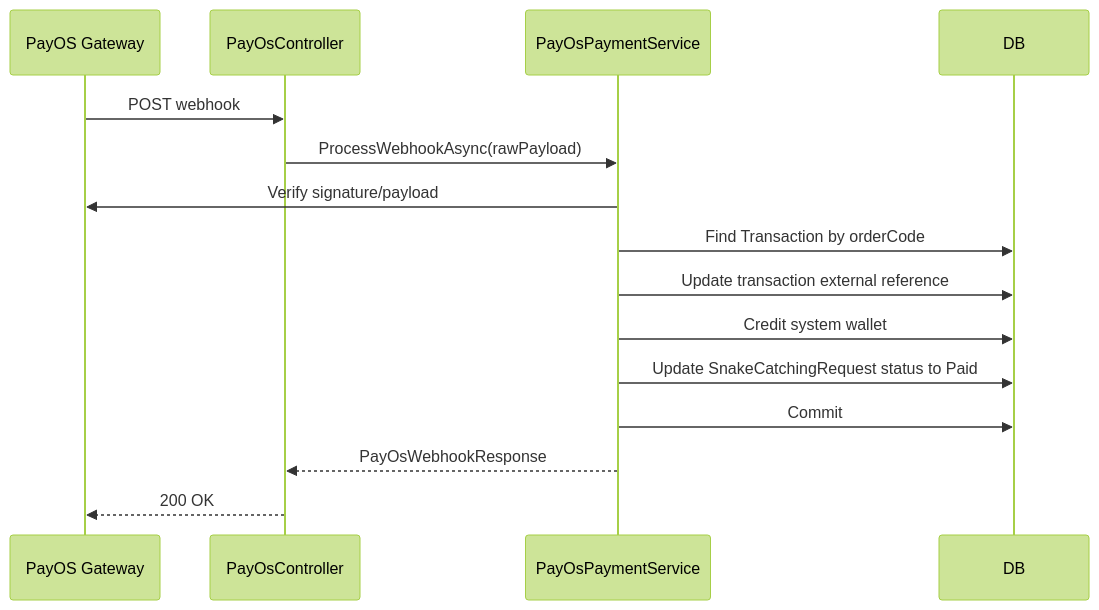
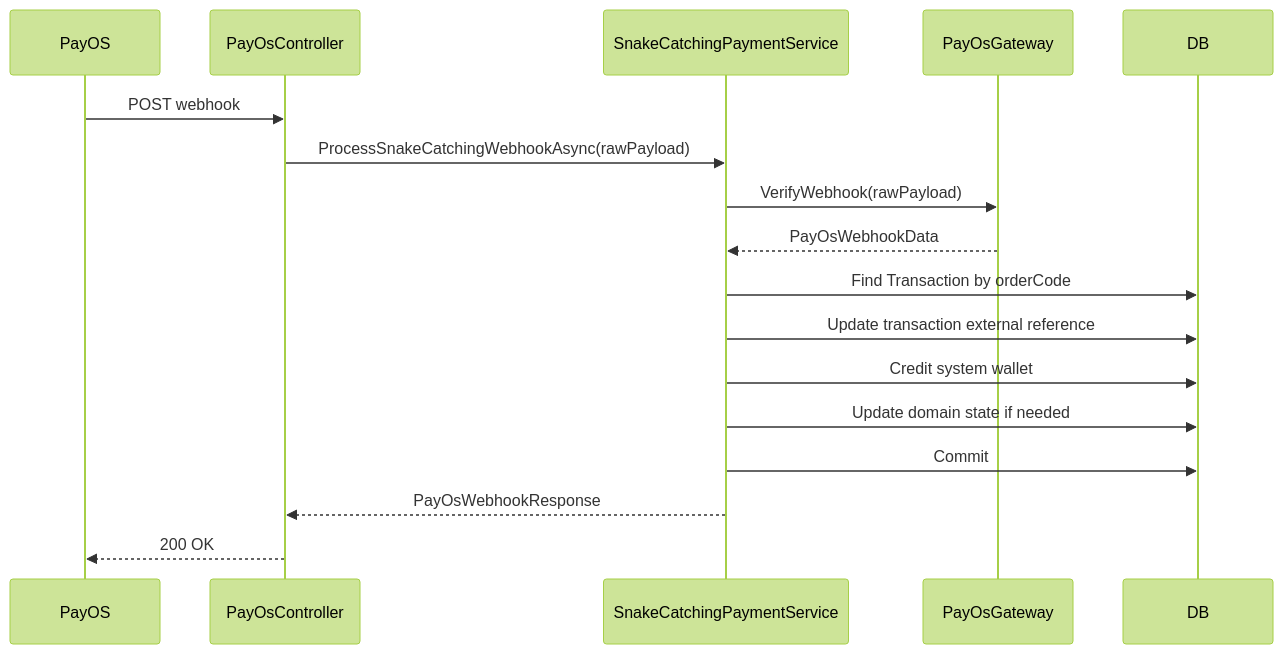
Before and after one commit to Snake-AID/SnakeAid.Docs: the seventh of 10 diagrams in Docs/05-Backend/02-layers/payos/payos.sourcecode.md, drawn with Mermaid (forest theme). The commit also changed other lines of this file, not shown here.

First line of the commit message:
docs: update PayOS layer documentation to reflect recent refactor

````diff
--- a/Docs/05-Backend/02-layers/payos/payos.sourcecode.md
+++ b/Docs/05-Backend/02-layers/payos/payos.sourcecode.md
@@ -215,18 +249,20 @@
 ```mermaid
 sequenceDiagram
-    participant PayOS as PayOS Gateway
+    participant PayOS
     participant Controller as PayOsController
-    participant Service as PayOsPaymentService
+    participant Service as SnakeCatchingPaymentService
+    participant Gateway as PayOsGateway
     participant DB as DB
 
     PayOS->>Controller: POST webhook
-    Controller->>Service: ProcessWebhookAsync(rawPayload)
-    Service->>PayOS: Verify signature/payload
+    Controller->>Service: ProcessSnakeCatchingWebhookAsync(rawPayload)
+    Service->>Gateway: VerifyWebhook(rawPayload)
+    Gateway-->>Service: PayOsWebhookData
     Service->>DB: Find Transaction by orderCode
     Service->>DB: Update transaction external reference
     Service->>DB: Credit system wallet
-    Service->>DB: Update SnakeCatchingRequest status to Paid
+    Service->>DB: Update domain state if needed
     Service->>DB: Commit
     Service-->>Controller: PayOsWebhookResponse
     Controller-->>PayOS: 200 OK
 ```
````
